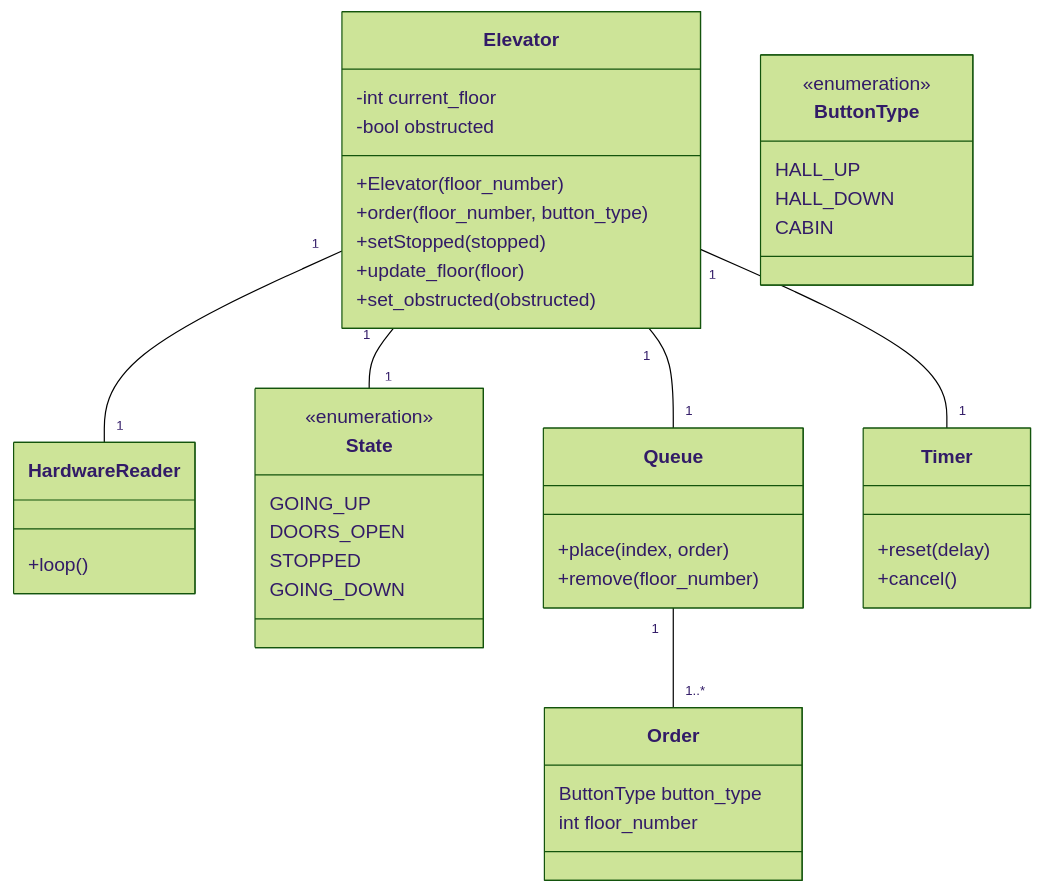
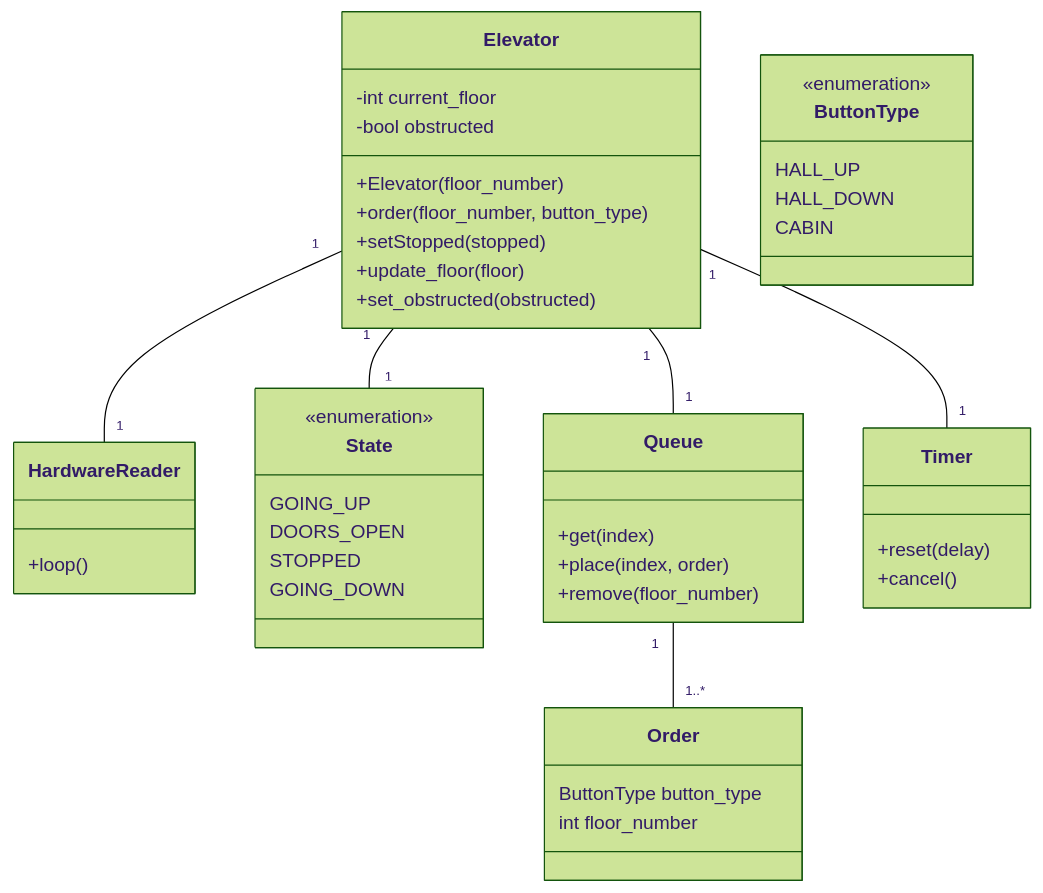
The first of 3 diagrams in docs/README.md (Emil1483/TTK4235-heis), drawn with Mermaid (forest theme) before and after one commit. The commit also changed 4 other files, not shown here.

````diff
--- a/docs/README.md
+++ b/docs/README.md
@@ -9,53 +9,54 @@
 ```mermaid
 classDiagram
     Elevator "1" -- "1" HardwareReader
     Elevator "1" -- "1" State
     Elevator "1" -- "1" Queue
     Elevator "1" -- "1" Timer
     Queue "1" -- "1..*" Order
 
     class Elevator {
         -int current_floor
         -bool obstructed
 
         +Elevator(floor_number)
         +order(floor_number, button_type)
         +setStopped(stopped)
         +update_floor(floor)
         +set_obstructed(obstructed)
     }
 
     class Timer {
         +reset(delay)
         +cancel()
     }
 
     class Queue {
+        +get(index)
         +place(index, order)
         +remove(floor_number)
     }
 
     class Order {
         ButtonType button_type
         int floor_number
     }
 
     class State {
         <<enumeration>>
         GOING_UP
         DOORS_OPEN
         STOPPED
         GOING_DOWN
     }
 
     class ButtonType {
         <<enumeration>>
         HALL_UP
         HALL_DOWN
         CABIN
     }
 
     class HardwareReader {
         +loop()
     }
 ```
````
